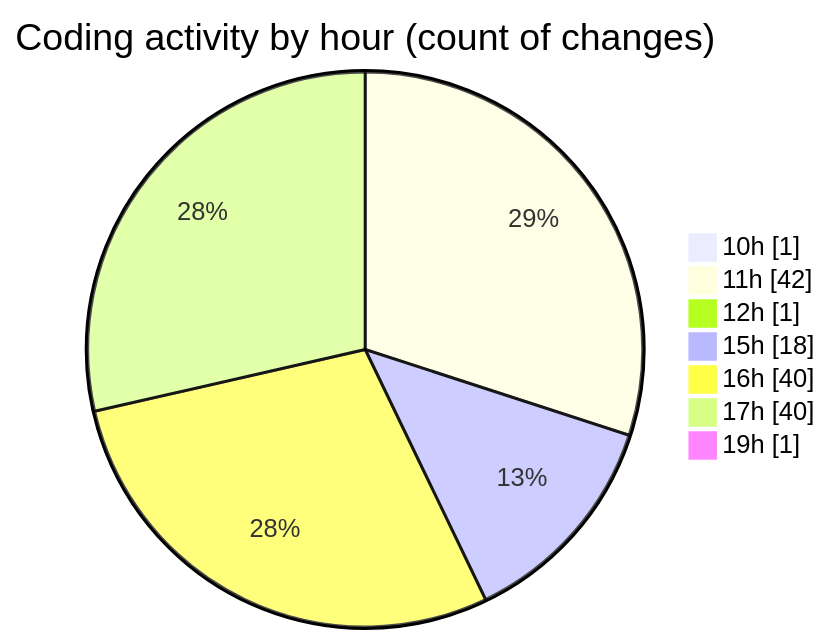
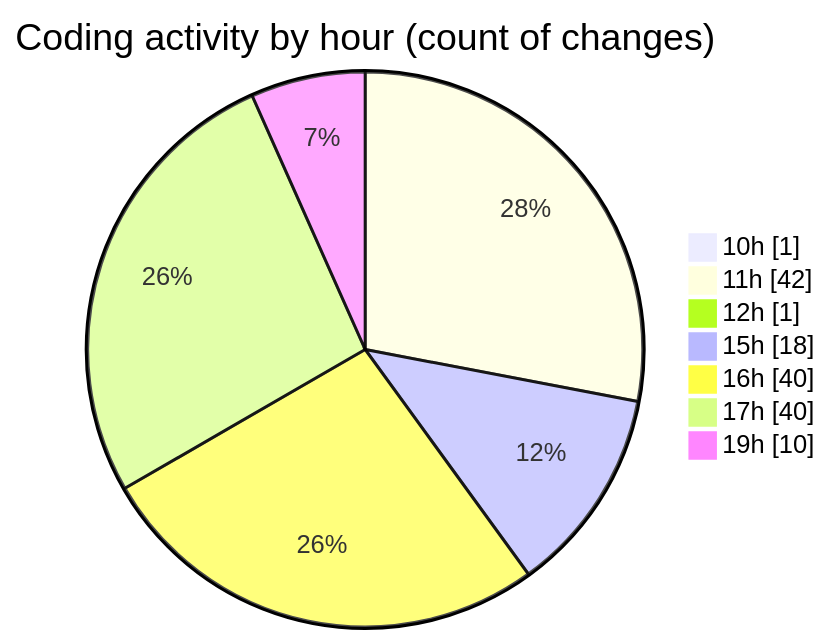
The second of 2 diagrams in 2025-06-25/nxtqube_webapp/README.md (nxtqubesakshisongat/code-tracking), drawn with Mermaid before and after one commit. The commit also changed other lines of this file and 1 other file, not shown here.

````diff
--- a/2025-06-25/nxtqube_webapp/README.md
+++ b/2025-06-25/nxtqube_webapp/README.md
@@ -33,11 +34,11 @@
 ```mermaid
 pie showData
 title Coding activity by hour (count of changes)
 "10h" : 1
 "11h" : 42
 "12h" : 1
 "15h" : 18
 "16h" : 40
 "17h" : 40
-"19h" : 1
+"19h" : 10
 ```
````
